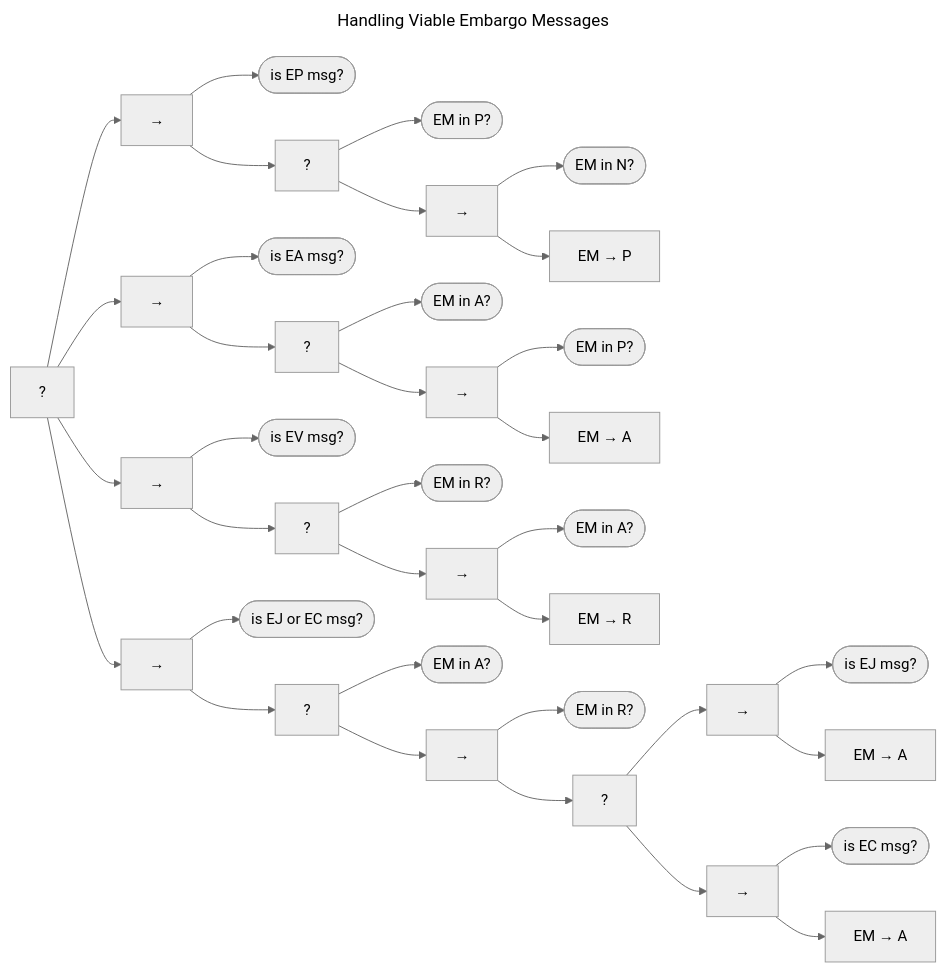
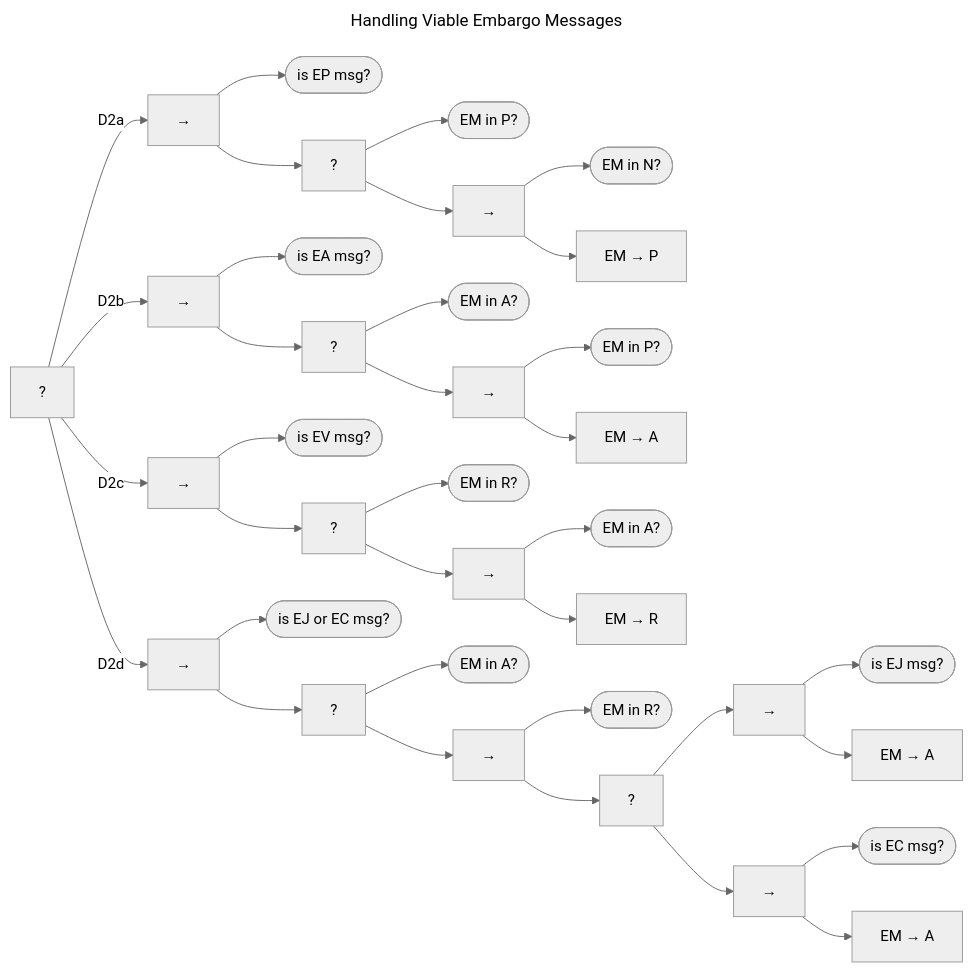
The second of 2 diagrams in docs/topics/behavior_logic/msg_em_bt.md (CERTCC/Vultron), drawn with Mermaid (neutral theme) before and after one commit. The commit also changed other lines of this file and 16 other files, not shown here.

````diff
--- a/docs/topics/behavior_logic/msg_em_bt.md
+++ b/docs/topics/behavior_logic/msg_em_bt.md
@@ -95,75 +98,75 @@
 ```mermaid
 ---
 title: Handling Viable Embargo Messages
 ---
 flowchart LR
     fb["?"]
     ep_seq["&rarr;"]
-    fb --> ep_seq
+    fb -->|D2a| ep_seq
     is_EP_msg(["is EP msg?"])
     ep_seq --> is_EP_msg
     ep_fb["?"]
     ep_seq --> ep_fb
     ep_em_p(["EM in P?"])
     ep_fb --> ep_em_p
     ep_seq2["&rarr;"]
     ep_fb --> ep_seq2
     em_none(["EM in N?"])
     ep_seq2 --> em_none
     ep_em_to_p["EM &rarr; P"]
     ep_seq2 --> ep_em_to_p
     ea_seq["&rarr;"]
-    fb --> ea_seq
+    fb -->|D2b| ea_seq
     is_EA_msg(["is EA msg?"])
     ea_seq --> is_EA_msg
     ea_fb["?"]
     ea_seq --> ea_fb
     em_a(["EM in A?"])
     ea_fb --> em_a
     ea_seq2["&rarr;"]
     ea_fb --> ea_seq2
     ea_em_p(["EM in P?"])
     ea_seq2 --> ea_em_p
     ea_em_to_a["EM &rarr; A"]
     ea_seq2 --> ea_em_to_a
     ev_seq["&rarr;"]
-    fb --> ev_seq
+    fb -->|D2c| ev_seq
     is_EV_msg(["is EV msg?"])
     ev_seq --> is_EV_msg
     ev_fb["?"]
     ev_seq --> ev_fb
     ev_em_r(["EM in R?"])
     ev_fb --> ev_em_r
     ev_seq2["&rarr;"]
     ev_fb --> ev_seq2
     ev_em_a(["EM in A?"])
     ev_seq2 --> ev_em_a
     ev_em_to_r["EM &rarr; R"]
     ev_seq2 --> ev_em_to_r
     ej_ec_seq["&rarr;"]
-    fb --> ej_ec_seq
+    fb -->|D2d| ej_ec_seq
     is_EJ_msg(["is EJ or EC msg?"])
     ej_ec_seq --> is_EJ_msg
     ej_ec_fb["?"]
     ej_ec_seq --> ej_ec_fb
     ej_ec_em_A(["EM in A?"])
     ej_ec_fb --> ej_ec_em_A
     ej_ec_seq2["&rarr;"]
     ej_ec_fb --> ej_ec_seq2
     ej_ec_em_r(["EM in R?"])
     ej_ec_seq2 --> ej_ec_em_r
     ej_ec_fb2["?"]
     ej_ec_seq2 --> ej_ec_fb2
     ej_seq["&rarr;"]
     ej_ec_fb2 --> ej_seq
     ej_is_EJ_msg(["is EJ msg?"])
     ej_seq --> ej_is_EJ_msg
     ej_em_to_A["EM &rarr; A"]
     ej_seq --> ej_em_to_A
     ec_seq["&rarr;"]
     ej_ec_fb2 --> ec_seq
     ec_is_EC_msg(["is EC msg?"])
     ec_seq --> ec_is_EC_msg
     ec_em_to_A["EM &rarr; A"]
     ec_seq --> ec_em_to_A
 ```
````
